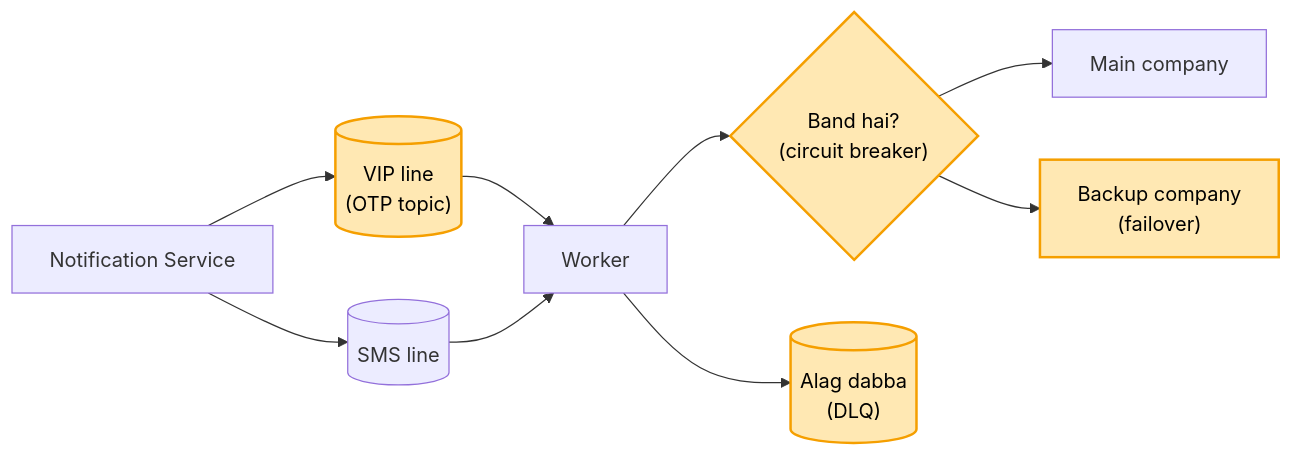
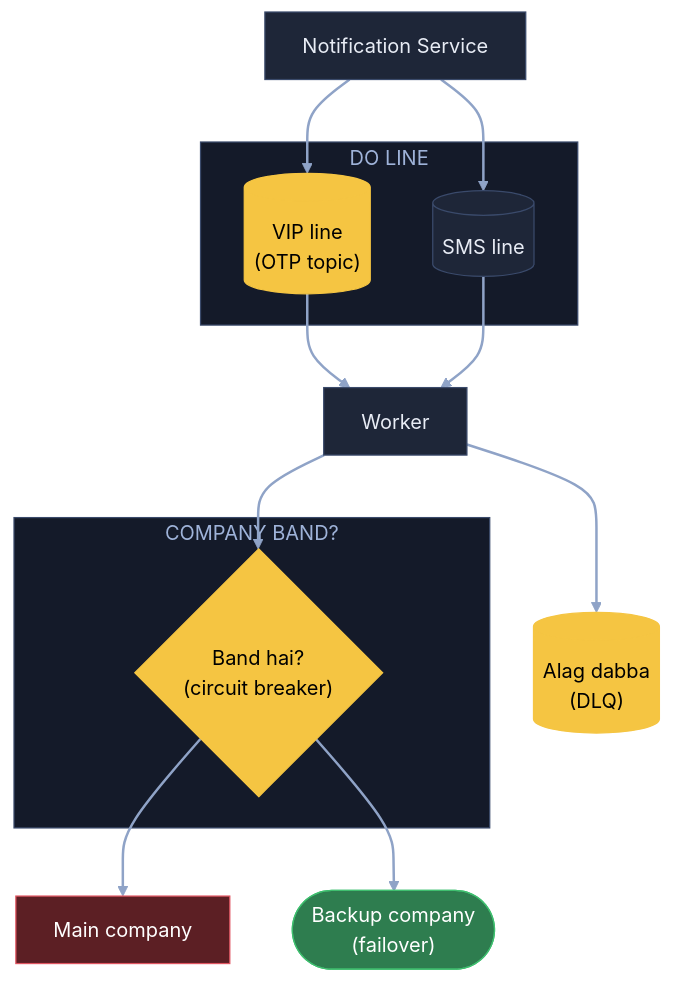
The fifth of 9 diagrams in 04_HLD/SYSTEM_DESIGNS/04_notification_system/04_notification_system.md (ArpanMaheshwari144/Prep), drawn with Mermaid before and after one commit. The commit also changed other lines of this file, not shown here.

Commit message:
Notification: 9 diagram YouTube (reel) wale card andaaz me

````diff
--- a/04_HLD/SYSTEM_DESIGNS/04_notification_system/04_notification_system.md
+++ b/04_HLD/SYSTEM_DESIGNS/04_notification_system/04_notification_system.md
@@ -142,15 +190,30 @@
 ```mermaid
-flowchart LR
-    N["Notification Service"] --> T[("VIP line<br/>(OTP topic)")]
-    N --> S[("SMS line")]
-    T --> W["Worker"]
+flowchart TB
+    N["Notification Service"]:::card
+    subgraph LN["DO LINE"]
+        T[("VIP line<br/>(OTP topic)")]:::pill
+        S[("SMS line")]:::card
+    end
+    W["Worker"]:::card
+    subgraph CK["COMPANY BAND?"]
+        CB{"Band hai?<br/>(circuit breaker)"}:::pill
+    end
+    M["Main company"]:::bad
+    B(["Backup company<br/>(failover)"]):::good
+    D[("Alag dabba<br/>(DLQ)")]:::pill
+    N --> T
+    N --> S
+    T --> W
     S --> W
-    W --> CB{"Band hai?<br/>(circuit breaker)"}
-    CB --> M["Main company"]
-    CB --> B["Backup company<br/>(failover)"]
-    W --> D[("Alag dabba<br/>(DLQ)")]
-    style T fill:#ffe8b3,stroke:#f59f00,stroke-width:2px,color:#000
-    style CB fill:#ffe8b3,stroke:#f59f00,stroke-width:2px,color:#000
-    style B fill:#ffe8b3,stroke:#f59f00,stroke-width:2px,color:#000
-    style D fill:#ffe8b3,stroke:#f59f00,stroke-width:2px,color:#000
+    W --> CB
+    CB --> M
+    CB --> B
+    W --> D
+    linkStyle default stroke:#8fa3c7,stroke-width:2px
+    classDef card fill:#1e2638,stroke:#3a4a6b,color:#e8ecf5
+    classDef pill fill:#f5c542,stroke:#f5c542,color:#000
+    classDef good fill:#2e7d4f,stroke:#3fbf6f,color:#fff
+    classDef bad fill:#5c1f24,stroke:#e05561,color:#fff
+    style LN fill:#141a29,stroke:#3a4a6b,color:#9fb3d9
+    style CK fill:#141a29,stroke:#3a4a6b,color:#9fb3d9
 ```
````
